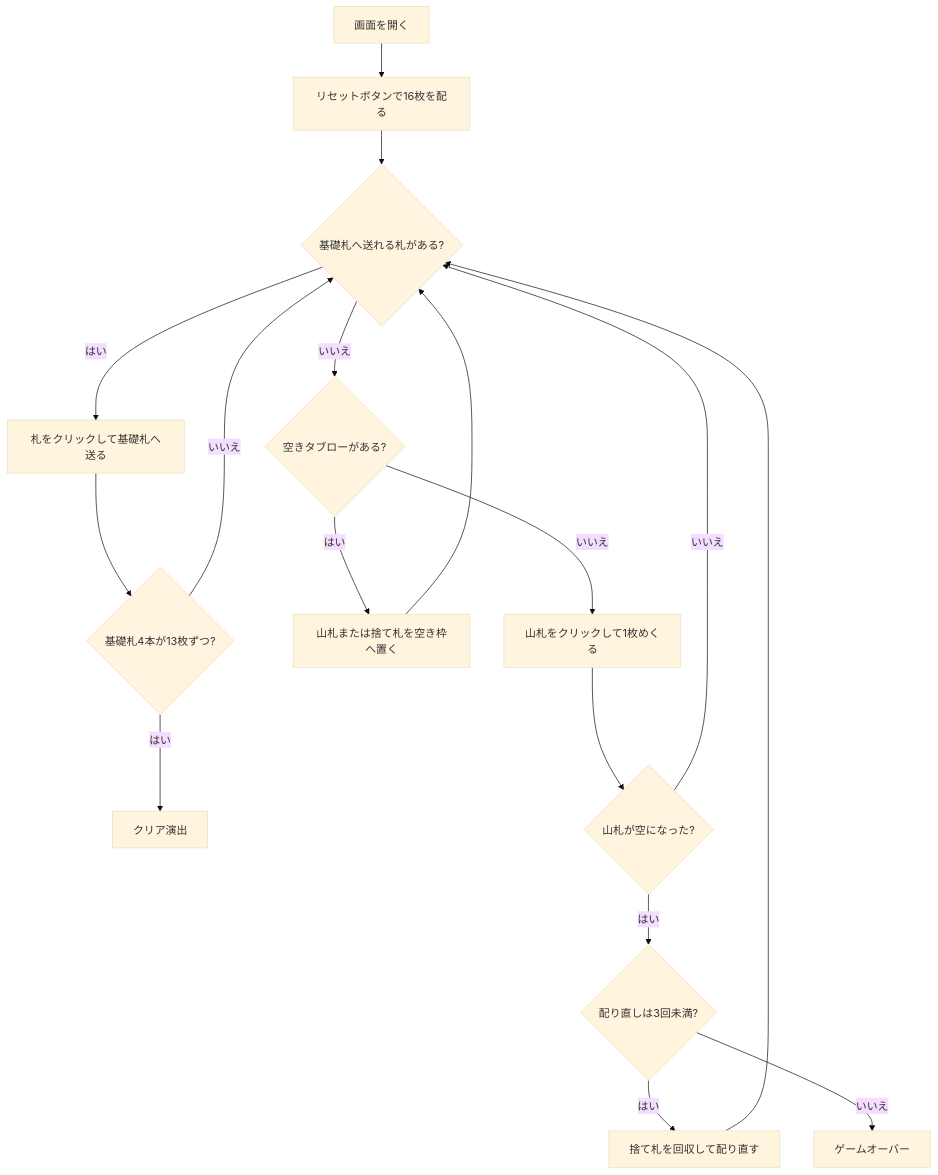
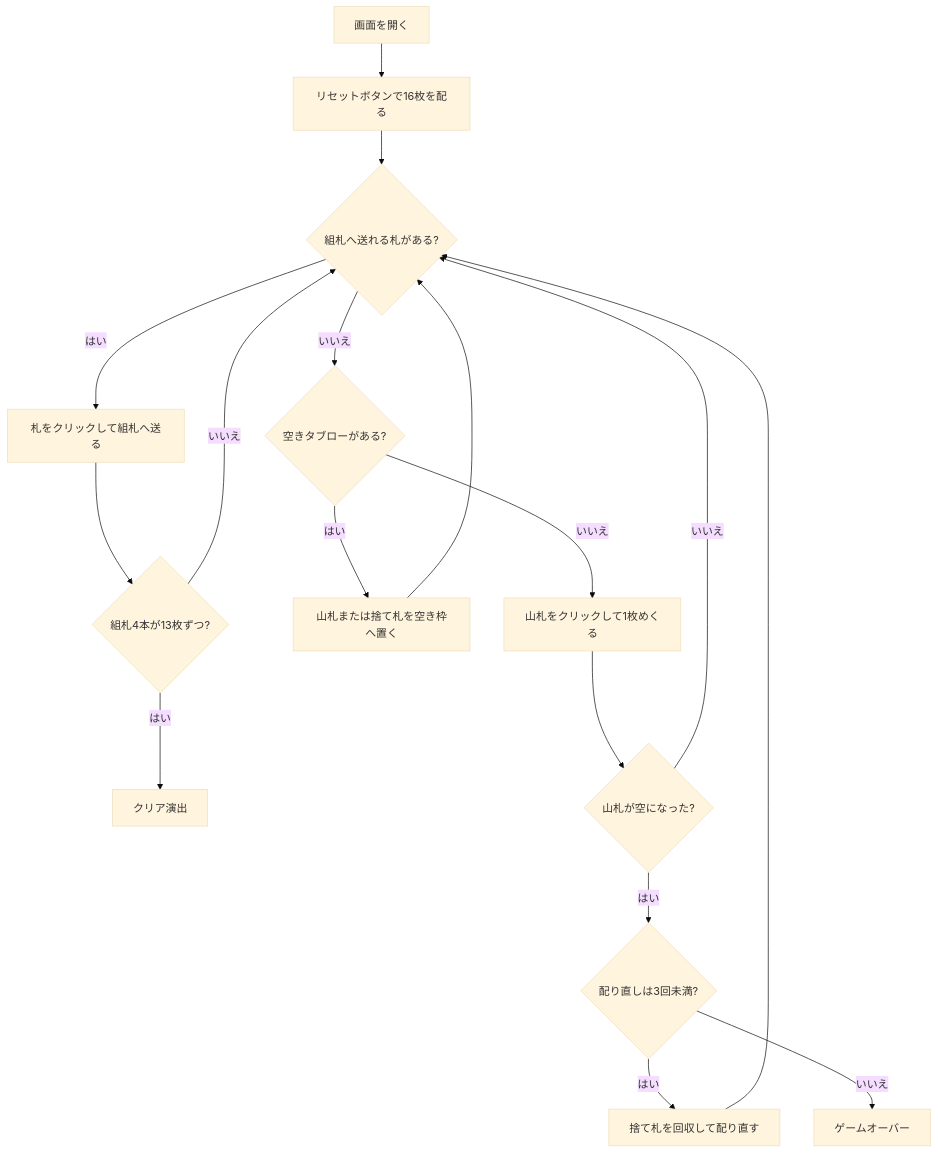
The diagram in docs/manual/web/matrimony.md (yuta-yoshinaga/go_trumpcards), drawn with Mermaid (base theme) before and after one commit. The commit also changed other lines of this file and 71 other files, not shown here.

````diff
--- a/docs/manual/web/matrimony.md
+++ b/docs/manual/web/matrimony.md
@@ -29,19 +29,19 @@
 ```mermaid
 flowchart TD
     A[画面を開く] --> B[リセットボタンで16枚を配る]
-    B --> C{基礎札へ送れる札がある?}
-    C -- はい --> D[札をクリックして基礎札へ送る]
-    D --> E{基礎札4本が13枚ずつ?}
+    B --> C{組札へ送れる札がある?}
+    C -- はい --> D[札をクリックして組札へ送る]
+    D --> E{組札4本が13枚ずつ?}
     E -- はい --> F[クリア演出]
     E -- いいえ --> C
     C -- いいえ --> G{空きタブローがある?}
     G -- はい --> H[山札または捨て札を空き枠へ置く]
     H --> C
     G -- いいえ --> I[山札をクリックして1枚めくる]
     I --> J{山札が空になった?}
     J -- いいえ --> C
     J -- はい --> K{配り直しは3回未満?}
     K -- はい --> L[捨て札を回収して配り直す]
     L --> C
     K -- いいえ --> M[ゲームオーバー]
 ```
````
